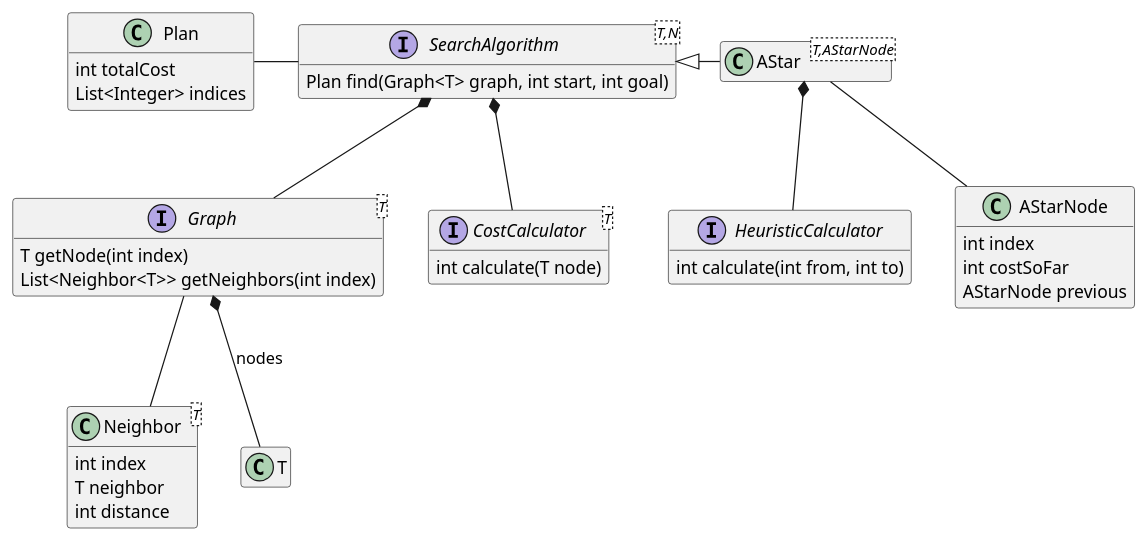
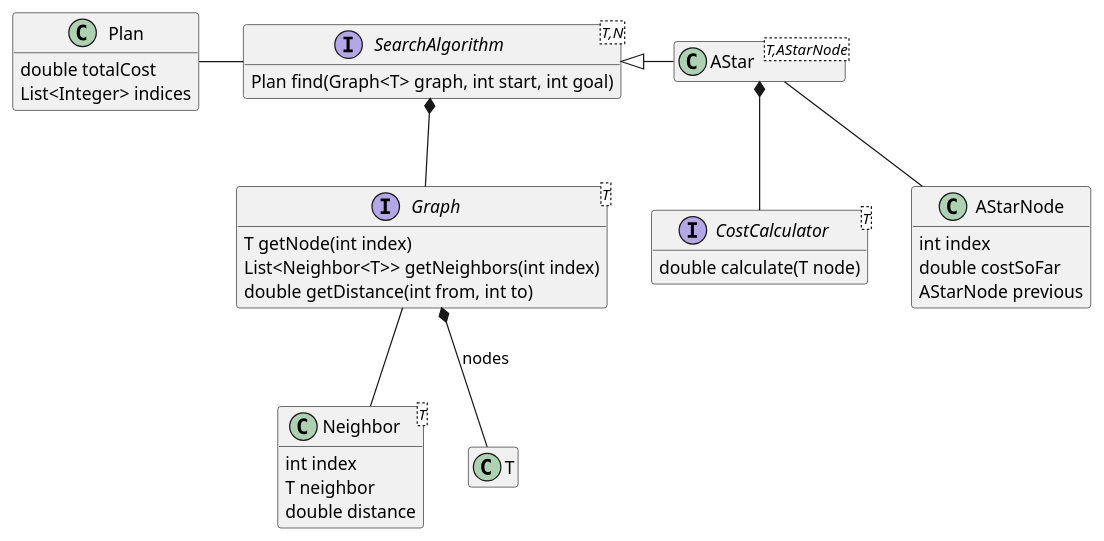
Before and after one commit to Orchaldir/Arena: the diagram in docs/design/ai/navigation.puml, drawn with PlantUML. The commit also changed 4 other files, not shown here.

Commit message:
[#4] Update navigation design to handle distance in Graph

```diff
--- a/docs/design/ai/navigation.puml
+++ b/docs/design/ai/navigation.puml
@@ -1,54 +1,50 @@
 @startuml
 
 hide empty members
 
 interface Graph<T> {
   T getNode(int index)
   List<Neighbor<T>> getNeighbors(int index)
+  double getDistance(int from, int to)
 }
 
 interface CostCalculator<T> {
-  int calculate(T node)
-}
-
-interface HeuristicCalculator {
-  int calculate(int from, int to)
+  double calculate(T node)
 }
 
 interface SearchAlgorithm<T,N> {
   Plan find(Graph<T> graph, int start, int goal)
 }
 
 class AStar<T,AStarNode>
 
 class AStarNode {
   int index
-  int costSoFar
+  double costSoFar
   AStarNode previous
 }
 
 class Plan {
-  int totalCost
+  double totalCost
   List<Integer> indices
 }
 
 class Neighbor<T> {
   int index
   T neighbor
-  int distance
+  double distance
 }
 
 SearchAlgorithm <|-right- AStar
 SearchAlgorithm *-- Graph
-SearchAlgorithm *-- CostCalculator
 SearchAlgorithm -left- Plan
 
-AStar *-- HeuristicCalculator
+AStar *-- CostCalculator
 
 AStar -- AStarNode
 
 Graph *-- T : nodes
 Graph -- Neighbor
 
 
 @enduml
```
